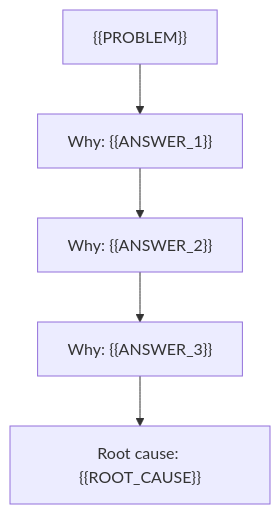
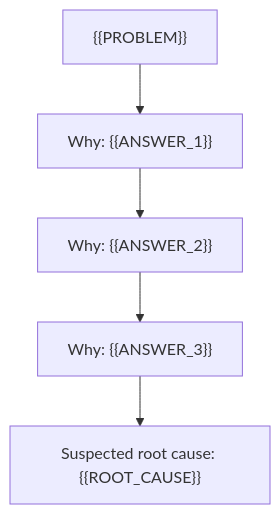
The first of 2 diagrams in skills/root-cause/references/diagrams.md (peakstate-global/peakstate-skills), drawn with Mermaid before and after one commit. The commit also changed other lines of this file and 3 other files, not shown here.

First line of the commit message:
fix(root-cause): re-rank on ruled-out cause, label unconfirmed chains as suspected

````diff
--- a/skills/root-cause/references/diagrams.md
+++ b/skills/root-cause/references/diagrams.md
@@ -50,7 +63,7 @@
 ```mermaid
 flowchart TD
   P["{{PROBLEM}}"] --> W1["Why: {{ANSWER_1}}"]
   W1 --> W2["Why: {{ANSWER_2}}"]
   W2 --> W3["Why: {{ANSWER_3}}"]
-  W3 --> R["Root cause: {{ROOT_CAUSE}}"]
+  W3 --> R["Suspected root cause: {{ROOT_CAUSE}}"]
 ```
````
